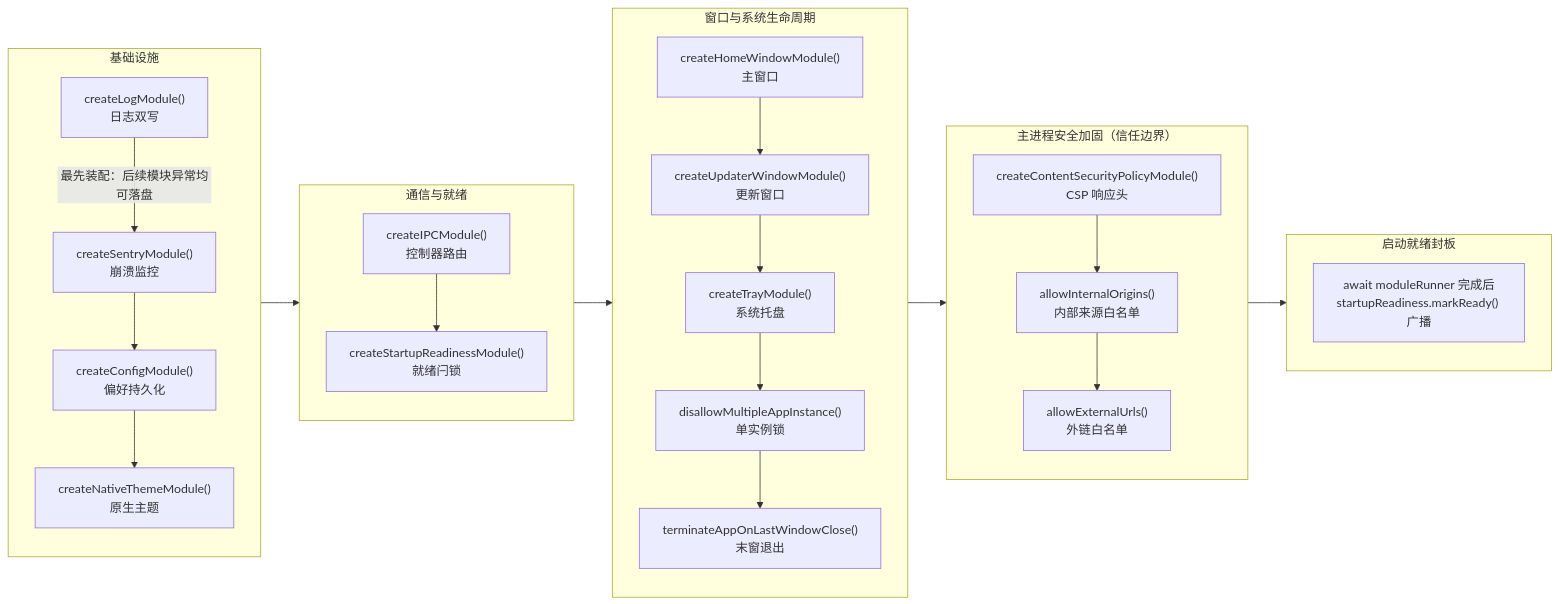
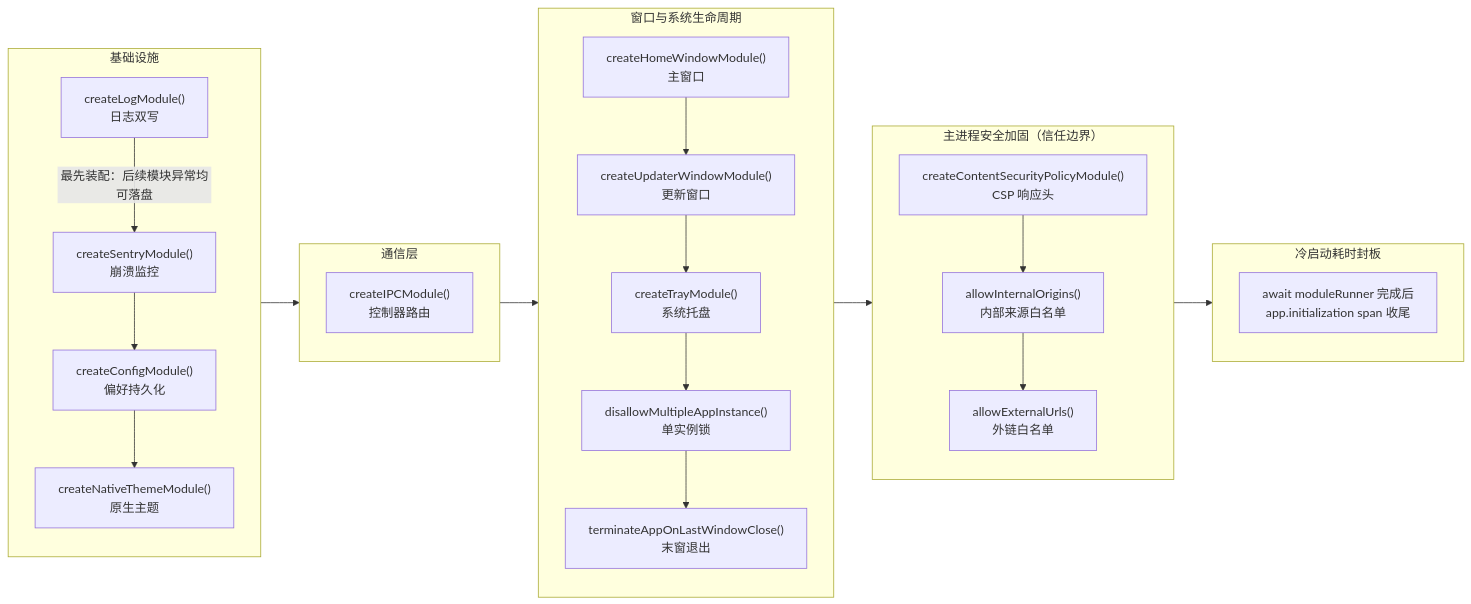
One commit to BanShan-Alec/electron-react-monorepo-template changed the diagram in packages/docs/src/pages/architecture/module-lifecycle.md. Above: the diagram before and after it, drawn with Mermaid. The commit also changed other lines of this file and 7 other files, not shown here.

````diff
--- a/packages/docs/src/pages/architecture/module-lifecycle.md
+++ b/packages/docs/src/pages/architecture/module-lifecycle.md
@@ -21,47 +21,45 @@
 ```mermaid
 flowchart LR
   subgraph foundation["基础设施"]
     direction TB
     LOG["createLogModule()<br/>日志双写"]
     SENTRY["createSentryModule()<br/>崩溃监控"]
     CONFIG["createConfigModule()<br/>偏好持久化"]
     THEME["createNativeThemeModule()<br/>原生主题"]
     LOG -->|"最先装配：后续模块异常均可落盘"| SENTRY
     SENTRY --> CONFIG --> THEME
   end
 
-  subgraph runtime["通信与就绪"]
+  subgraph runtime["通信层"]
     direction TB
     IPC["createIPCModule()<br/>控制器路由"]
-    READY["createStartupReadinessModule()<br/>就绪闩锁"]
-    IPC --> READY
   end
 
   subgraph windows["窗口与系统生命周期"]
     direction TB
     WIN["createHomeWindowModule()<br/>主窗口"]
     UPDATER_WIN["createUpdaterWindowModule()<br/>更新窗口"]
     TRAY["createTrayModule()<br/>系统托盘"]
     SINGLE["disallowMultipleAppInstance()<br/>单实例锁"]
     TERM["terminateAppOnLastWindowClose()<br/>末窗退出"]
     WIN --> UPDATER_WIN --> TRAY --> SINGLE --> TERM
   end
 
   subgraph security["主进程安全加固（信任边界）"]
     direction TB
     CSP["createContentSecurityPolicyModule()<br/>CSP 响应头"]
     ORIGIN["allowInternalOrigins()<br/>内部来源白名单"]
     EXT["allowExternalUrls()<br/>外链白名单"]
     CSP --> ORIGIN --> EXT
   end
 
-  subgraph finalize["启动就绪封板"]
+  subgraph finalize["冷启动耗时封板"]
     direction TB
-    READY_FIN["await moduleRunner 完成后<br/>startupReadiness.markReady() 广播"]
+    READY_FIN["await moduleRunner 完成后<br/>app.initialization span 收尾"]
   end
 
   foundation --> runtime
   runtime --> windows
   windows --> security
   security --> finalize
 ```
````
